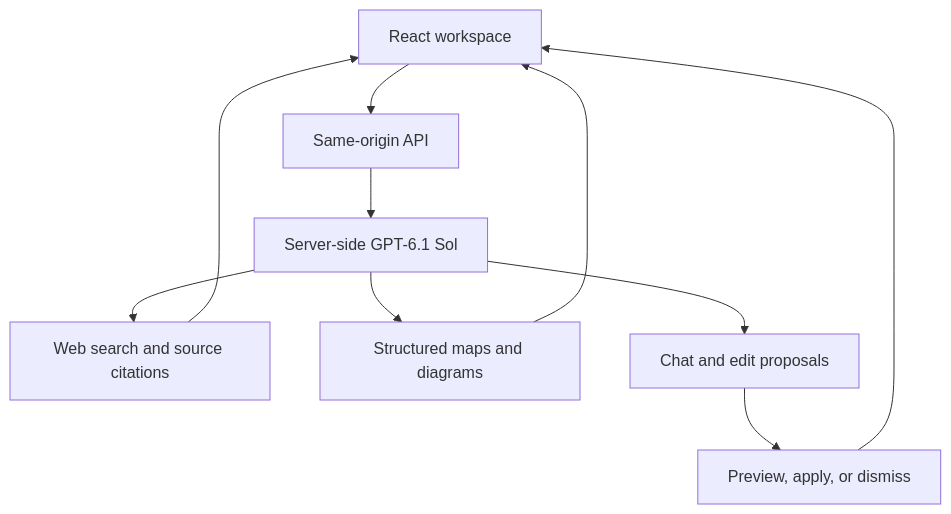
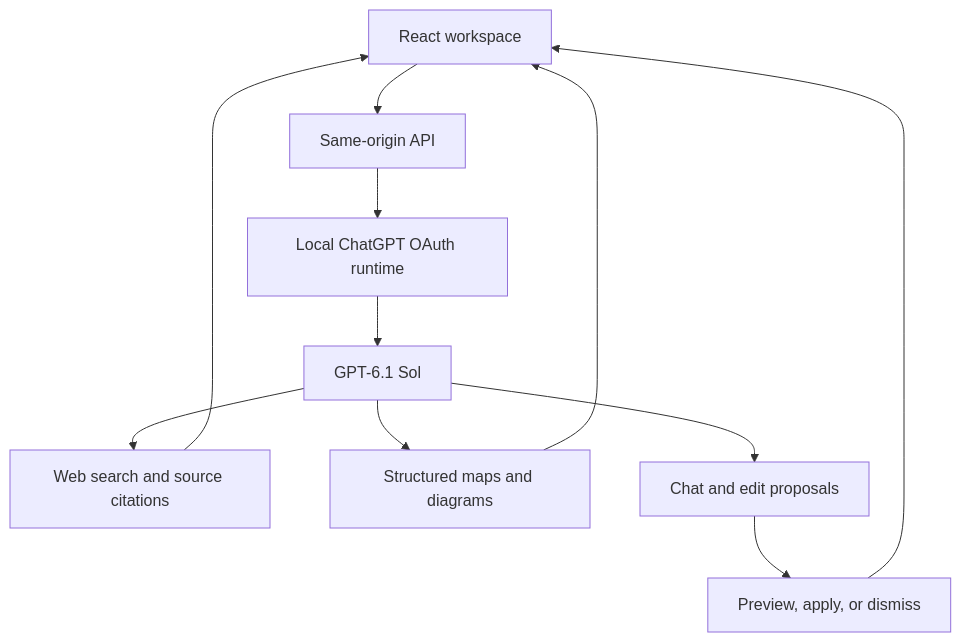
One commit to benclawbot/brainstorm-trooper changed the diagram in README.md. Above: the diagram before and after it, drawn with Mermaid. The commit also changed other lines of this file and 17 other files, not shown here.

Commit message:
feat: connect local ChatGPT plan with secure OAuth

````diff
--- a/README.md
+++ b/README.md
@@ -70,12 +70,13 @@
 ```mermaid
 flowchart TD
   A["React workspace"] --> B["Same-origin API"]
-  B --> C["Server-side GPT-6.1 Sol"]
+  B --> O["Local ChatGPT OAuth runtime"]
+  O --> C["GPT-6.1 Sol"]
   C --> D["Web search and source citations"]
   C --> E["Structured maps and diagrams"]
   C --> F["Chat and edit proposals"]
   D --> A
   E --> A
   F --> G["Preview, apply, or dismiss"]
   G --> A
 ```
````
